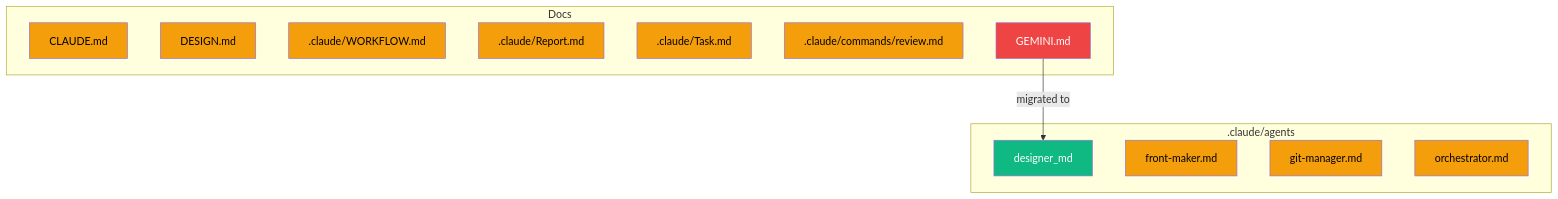
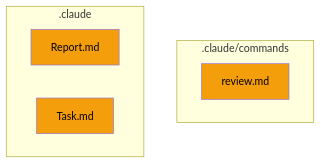
Before and after one commit to hongikarchi/archi-tinder: the fourth of 4 diagrams in .claude/Report.md, drawn with Mermaid. The commit also changed other lines of this file and 1 other file, not shown here.

First line of the commit message:
docs: log designer batch + emit MOCKUP-READY (PostSwipeLanding, BoardDetail)

````diff
--- a/.claude/Report.md
+++ b/.claude/Report.md
@@ -208,23 +202,14 @@
 ```mermaid
 graph TD
-    subgraph AgentConfig[".claude/agents"]
-        designer_md:::new
-        front_maker_md["front-maker.md"]:::modified
-        git_manager_md["git-manager.md"]:::modified
-        orchestrator_md["orchestrator.md"]:::modified
+    subgraph Commands[".claude/commands"]
+        review_md["review.md"]:::modified
     end
-    subgraph Docs
-        CLAUDE_md["CLAUDE.md"]:::modified
-        DESIGN_md["DESIGN.md"]:::modified
-        WORKFLOW_md[".claude/WORKFLOW.md"]:::modified
-        Report_md[".claude/Report.md"]:::modified
-        Task_md[".claude/Task.md"]:::modified
-        review_md[".claude/commands/review.md"]:::modified
-        GEMINI_md["GEMINI.md"]:::deleted
+    subgraph Docs[".claude"]
+        Report_md["Report.md"]:::modified
+        Task_md["Task.md"]:::modified
     end
-    GEMINI_md -->|migrated to| designer_md
 
     classDef new fill:#10b981,color:#fff
     classDef modified fill:#f59e0b,color:#000
     classDef deleted fill:#ef4444,color:#fff
 ```
````
